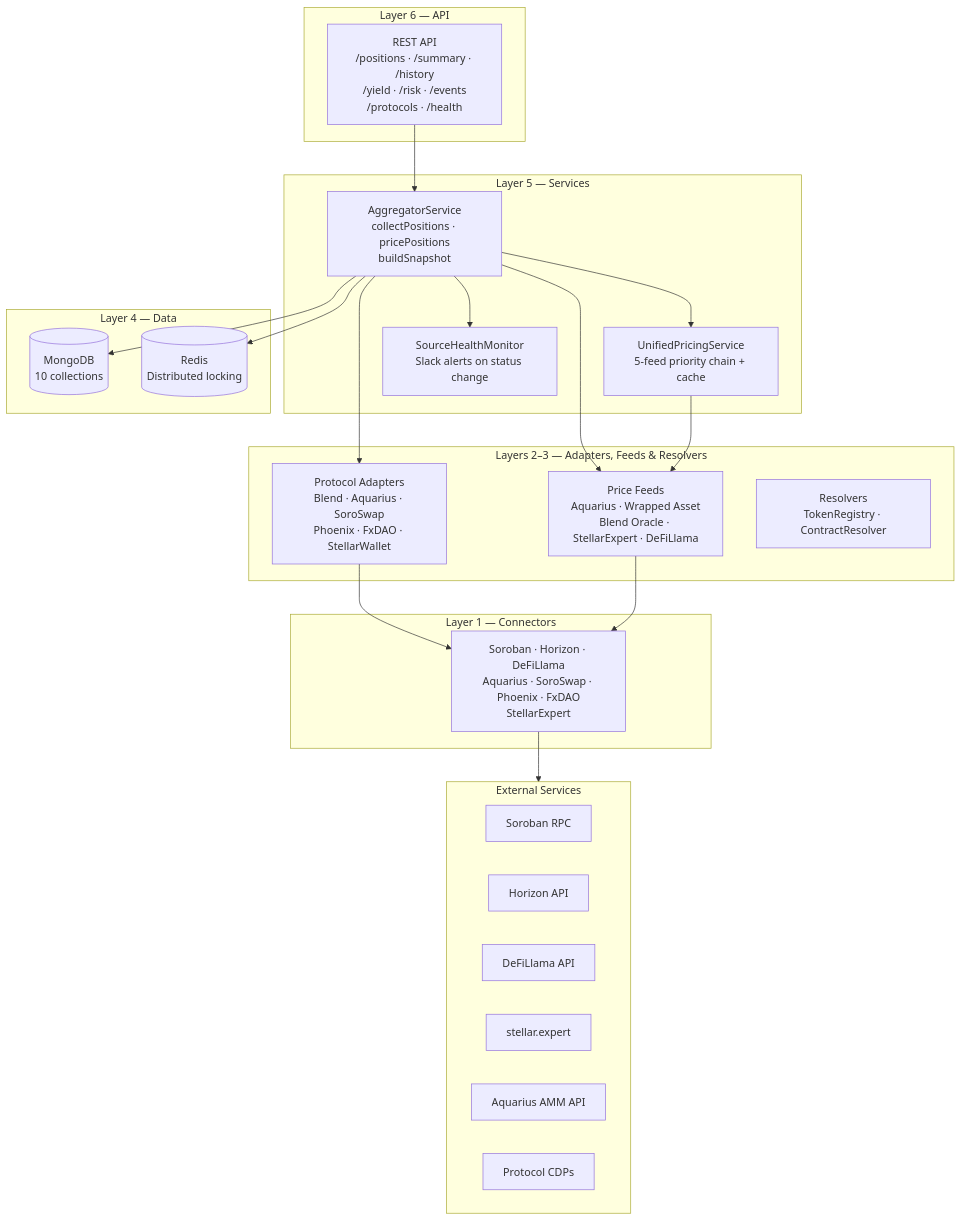
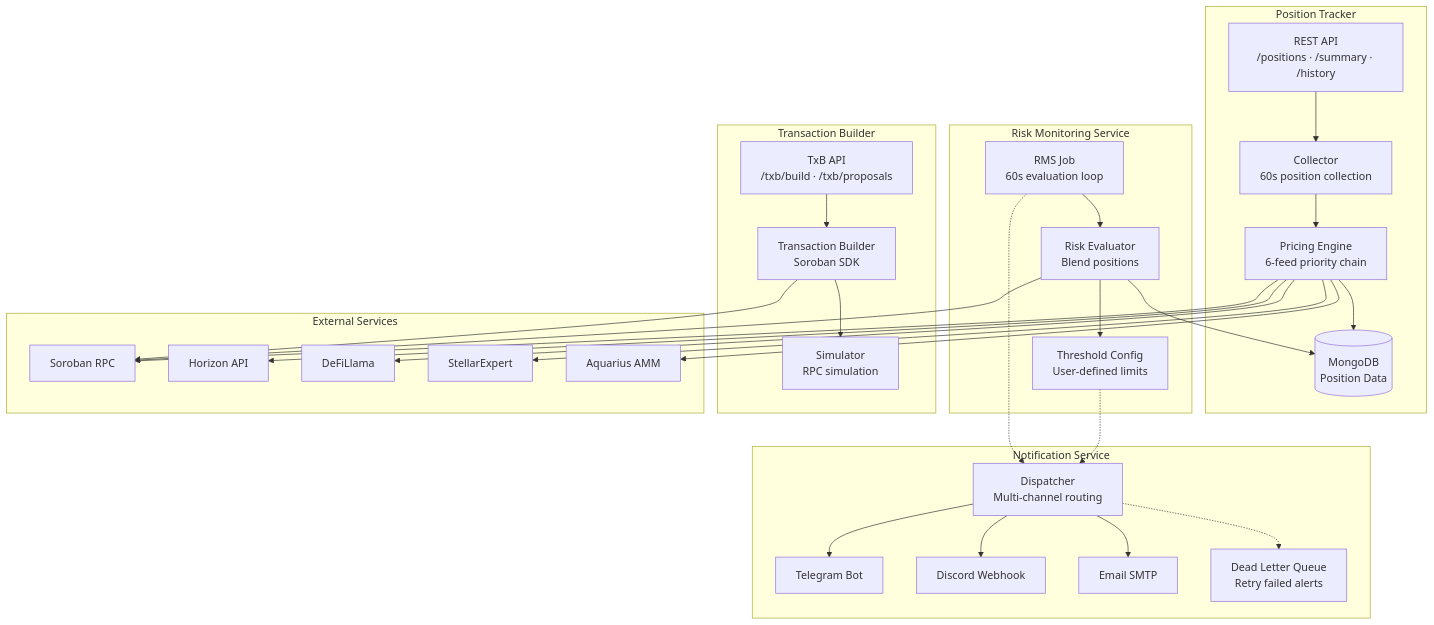
Before and after one commit to untangledfinance/credio-docs: the first of 4 diagrams in docs/OctoPos/architecture.mdx, drawn with Mermaid. The commit also changed other lines of this file and 9 other files, not shown here.

````diff
--- a/docs/OctoPos/architecture.mdx
+++ b/docs/OctoPos/architecture.mdx
@@ -5,45 +7,59 @@
 ```mermaid
 graph TD
-    subgraph L6["Layer 6 — API"]
-        API[REST API<br/>/positions · /summary · /history<br/>/yield · /risk · /events<br/>/protocols · /health]
+    subgraph POS["Position Tracker"]
+        POS_API[REST API<br/>/positions · /summary · /history]
+        POS_COL[Collector<br/>60s position collection]
+        POS_PRI[Pricing Engine<br/>6-feed priority chain]
+        POS_DB[(MongoDB<br/>Position Data)]
     end
 
-    subgraph L5["Layer 5 — Services"]
-        AGG[AggregatorService<br/>collectPositions · pricePositions<br/>buildSnapshot]
-        PRC[UnifiedPricingService<br/>5-feed priority chain + cache]
-        MON[SourceHealthMonitor<br/>Slack alerts on status change]
+    subgraph RMS["Risk Monitoring Service"]
+        RMS_JOB[RMS Job<br/>60s evaluation loop]
+        RMS_EVAL[Risk Evaluator<br/>Blend positions]
+        RMS_THRESH[Threshold Config<br/>User-defined limits]
     end
 
-    subgraph L23["Layers 2–3 — Adapters, Feeds & Resolvers"]
-        AD[Protocol Adapters<br/>Blend · Aquarius · SoroSwap<br/>Phoenix · FxDAO · StellarWallet]
-        FD[Price Feeds<br/>Aquarius · Wrapped Asset<br/>Blend Oracle · StellarExpert · DeFiLlama]
-        RES[Resolvers<br/>TokenRegistry · ContractResolver]
+    subgraph TXB["Transaction Builder"]
+        TXB_API[TxB API<br/>/txb/build · /txb/proposals]
+        TXB_BUILD[Transaction Builder<br/>Soroban SDK]
+        TXB_SIM[Simulator<br/>RPC simulation]
     end
 
-    subgraph L1["Layer 1 — Connectors"]
-        CON[Soroban · Horizon · DeFiLlama<br/>Aquarius · SoroSwap · Phoenix · FxDAO<br/>StellarExpert]
-    end
-
-    subgraph L4["Layer 4 — Data"]
-        DB[(MongoDB<br/>10 collections)]
-        RD[(Redis<br/>Distributed locking)]
+    subgraph NS["Notification Service"]
+        NS_DISP[Dispatcher<br/>Multi-channel routing]
+        NS_TG[Telegram Bot]
+        NS_DC[Discord Webhook]
+        NS_EM[Email SMTP]
+        NS_DLQ[Dead Letter Queue<br/>Retry failed alerts]
     end
 
     subgraph EXT["External Services"]
         RPC[Soroban RPC]
         HOR[Horizon API]
-        DL[DeFiLlama API]
-        EXP[stellar.expert]
-        AQP[Aquarius AMM API]
-        CDP[Protocol CDPs]
+        DL[DeFiLlama]
+        EXP[StellarExpert]
+        AQ[Aquarius AMM]
     end
 
-    API --> AGG
-    AGG --> AD & FD
-    AD & FD --> CON
-    AGG --> MON
-    AGG --> PRC
-    PRC --> FD
-    CON --> EXT
-    AGG --> DB & RD
+    POS_API --> POS_COL
+    POS_COL --> POS_PRI
+    POS_PRI --> POS_DB
+    POS_PRI --> RPC & HOR & DL & EXP & AQ
+
+    RMS_JOB --> RMS_EVAL
+    RMS_EVAL --> POS_DB
+    RMS_EVAL --> RMS_THRESH
+    RMS_EVAL --> RPC
+
+    RMS_JOB -.-> NS_DISP
+    RMS_THRESH -.-> NS_DISP
+
+    TXB_API --> TXB_BUILD
+    TXB_BUILD --> TXB_SIM
+    TXB_BUILD --> RPC
+
+    NS_DISP --> NS_TG
+    NS_DISP --> NS_DC
+    NS_DISP --> NS_EM
+    NS_DISP -.-> NS_DLQ
 ```
````
